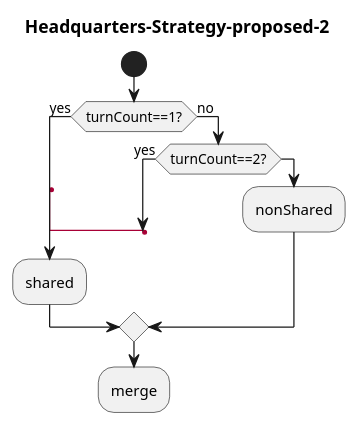
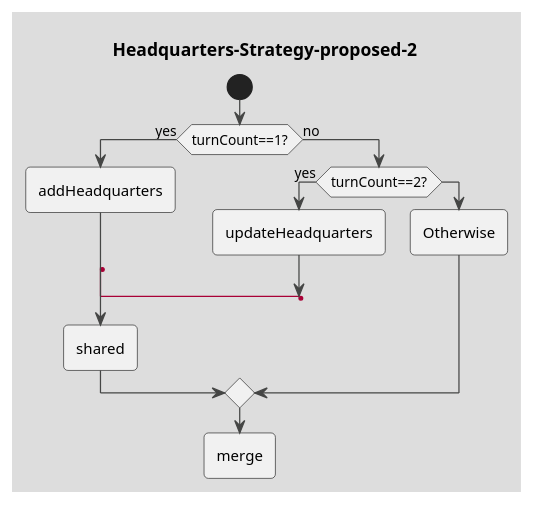
Before and after one commit to coding-to-music/plantuml-diagram-examples: the diagram in drawings/Headquarters-Strategy-proposed-2.puml, drawn with PlantUML. The commit also changed other lines of this file, not shown here.

```diff
--- a/drawings/Headquarters-Strategy-proposed-2.puml
+++ b/drawings/Headquarters-Strategy-proposed-2.puml
@@ -1,20 +1,24 @@
 @startuml Headquarters-Strategy-proposed-2
+!theme toy 
 title Headquarters-Strategy-proposed-2
+
 start
 if (turnCount==1?) then (yes)
+:addHeadquarters;
 'space label only for alignment
 label sp_lab0
 label sp_lab1
 'real label
 label lab
 :shared;
 else (no)
 if (turnCount==2?) then (yes)
+:updateHeadquarters;
 label sp_lab2
 goto sp_lab1
 else
-:nonShared;
+:Otherwise;
 endif
 endif
 :merge;
 @enduml
```
